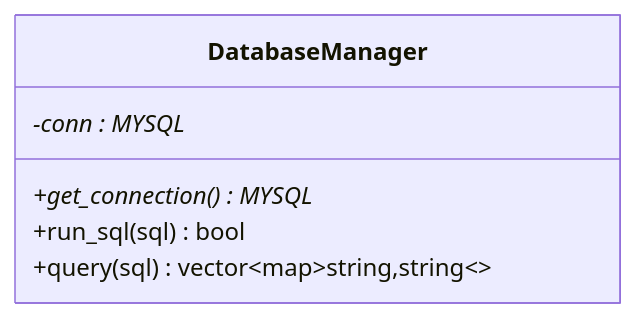
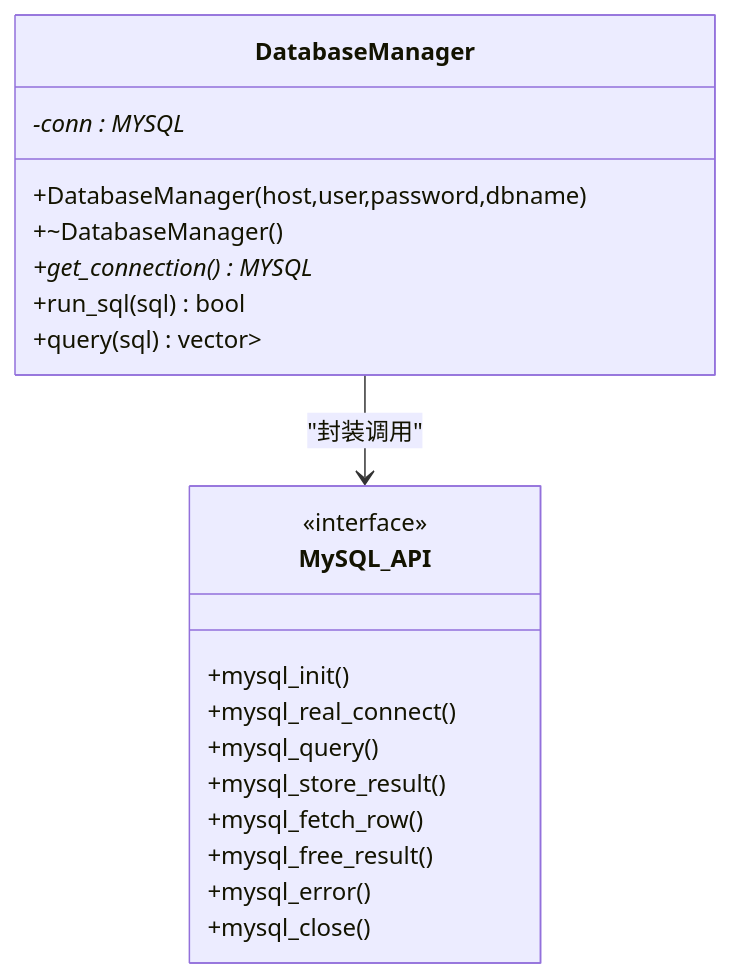
Before and after one commit to jinpeng900/OJ-Test: the sixth of 7 diagrams in .qoder/repowiki/zh/content/系统架构设计/系统架构设计.md, drawn with Mermaid. The commit also changed other lines of this file and 147 other files, not shown here.

````diff
--- a/.qoder/repowiki/zh/content/系统架构设计/系统架构设计.md
+++ b/.qoder/repowiki/zh/content/系统架构设计/系统架构设计.md
@@ -278,9 +328,23 @@
 ```mermaid
 classDiagram
 class DatabaseManager {
+-conn : MYSQL*
++DatabaseManager(host,user,password,dbname)
++~DatabaseManager()
 +get_connection() MYSQL*
 +run_sql(sql) bool
-+query(sql) vector~map~string,string~~
--conn : MYSQL*
++query(sql) vector<map<string,string>>
 }
+class MySQL_API {
+<<interface>>
++mysql_init()
++mysql_real_connect()
++mysql_query()
++mysql_store_result()
++mysql_fetch_row()
++mysql_free_result()
++mysql_error()
++mysql_close()
+}
+DatabaseManager --> MySQL_API : "封装调用"
 ```
````
